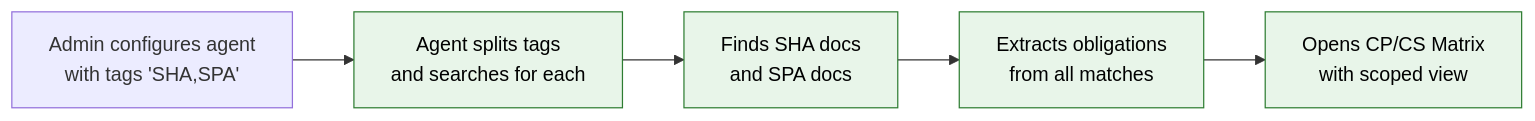
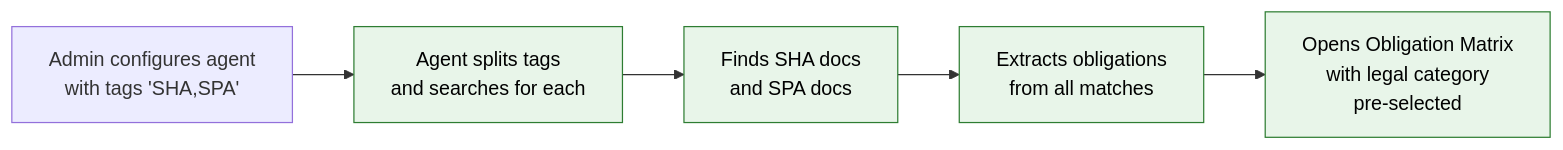
The second of 5 diagrams in openspec/changes/obligation-matrix-fixes/proposal.md (sampadadiwan/IRM_CompanyMain), drawn with Mermaid before and after one commit. The commit also changed other lines of this file and 16 other files, not shown here.

First line of the commit message:
Unified obligation matrix, SLO commitment button, and post-run redirects

````diff
--- a/openspec/changes/obligation-matrix-fixes/proposal.md
+++ b/openspec/changes/obligation-matrix-fixes/proposal.md
@@ -43,9 +49,9 @@
 ```mermaid
 flowchart LR
     A["Admin configures agent\nwith tags 'SHA,SPA'"] --> B["Agent splits tags\nand searches for each"]
     B --> C["Finds SHA docs\nand SPA docs"]
     C --> D["Extracts obligations\nfrom all matches"]
-    D --> E["Opens CP/CS Matrix\nwith scoped view"]
+    D --> E["Opens Obligation Matrix\nwith legal category\npre-selected"]
     classDef new fill:#e8f5e9,stroke:#2e7d32,color:#000
     class B,C,D,E new
 ```
````
